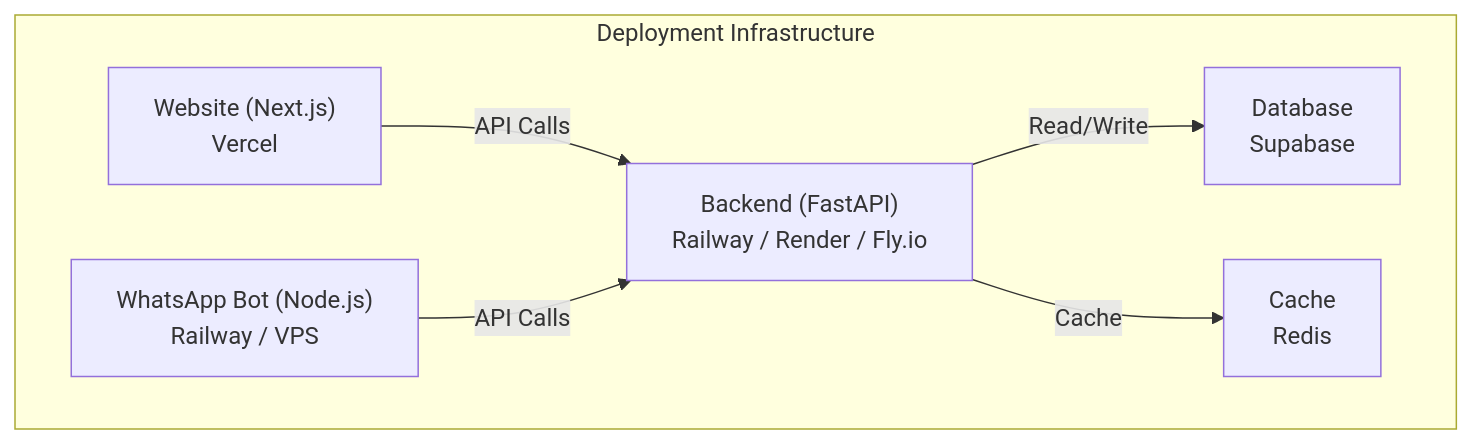
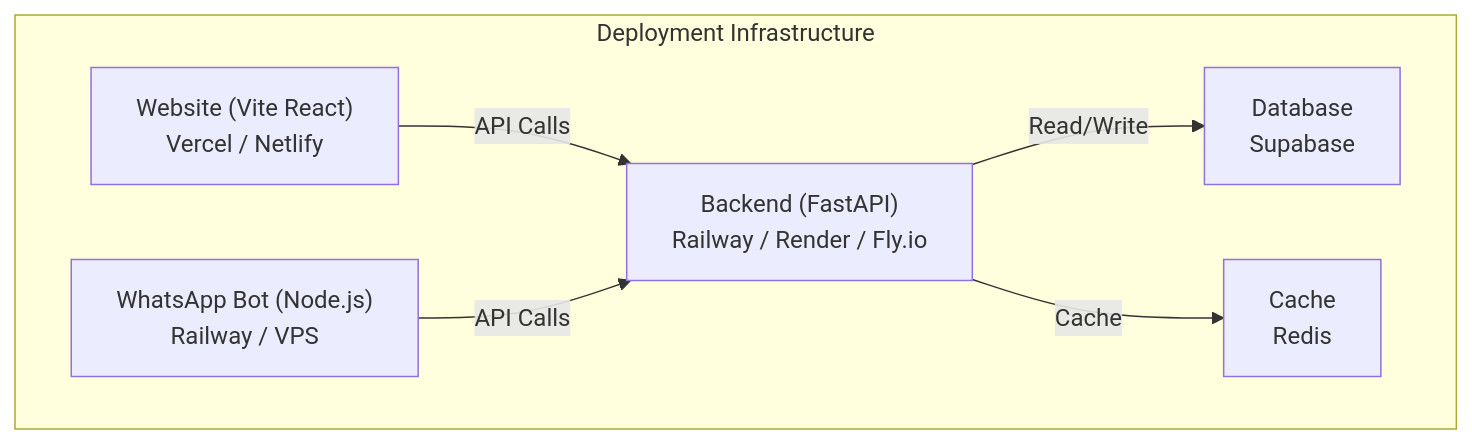
Diagram 11 of 13 in ARCHITECTURE.md (Pranshu-2177/Aetrix-Hackathon), drawn with Mermaid before and after one commit. The commit also changed other lines of this file and 30 other files, not shown here.

````diff
--- a/ARCHITECTURE.md
+++ b/ARCHITECTURE.md
@@ -793,15 +810,15 @@
 ```mermaid
 graph TD
     subgraph Hosting["Deployment Infrastructure"]
-        FE["Website (Next.js)<br/>Vercel"]
+        FE["Website (Vite React)<br/>Vercel / Netlify"]
         WABOT["WhatsApp Bot (Node.js)<br/>Railway / VPS"]
         BE["Backend (FastAPI)<br/>Railway / Render / Fly.io"]
         DB["Database<br/>Supabase"]
         CACHE["Cache<br/>Redis"]
     end
 
     FE -->|"API Calls"| BE
     WABOT -->|"API Calls"| BE
     BE -->|"Read/Write"| DB
     BE -->|"Cache"| CACHE
 ```
````
